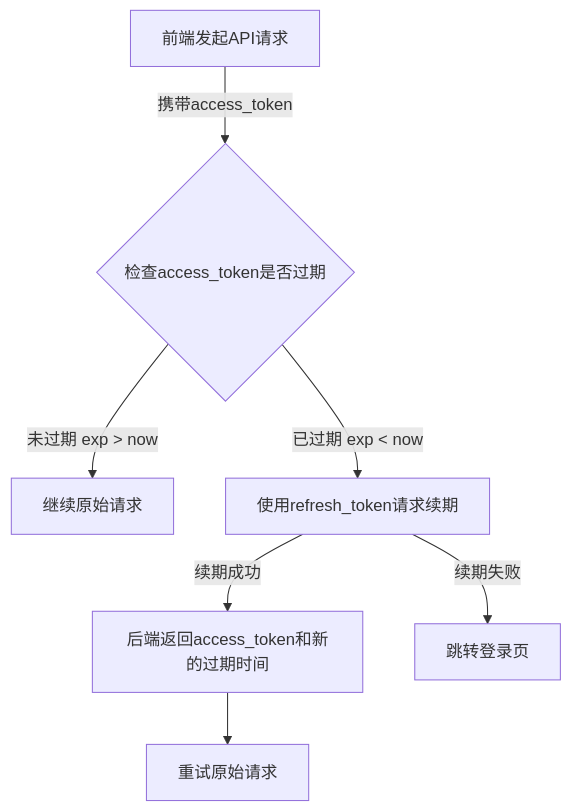
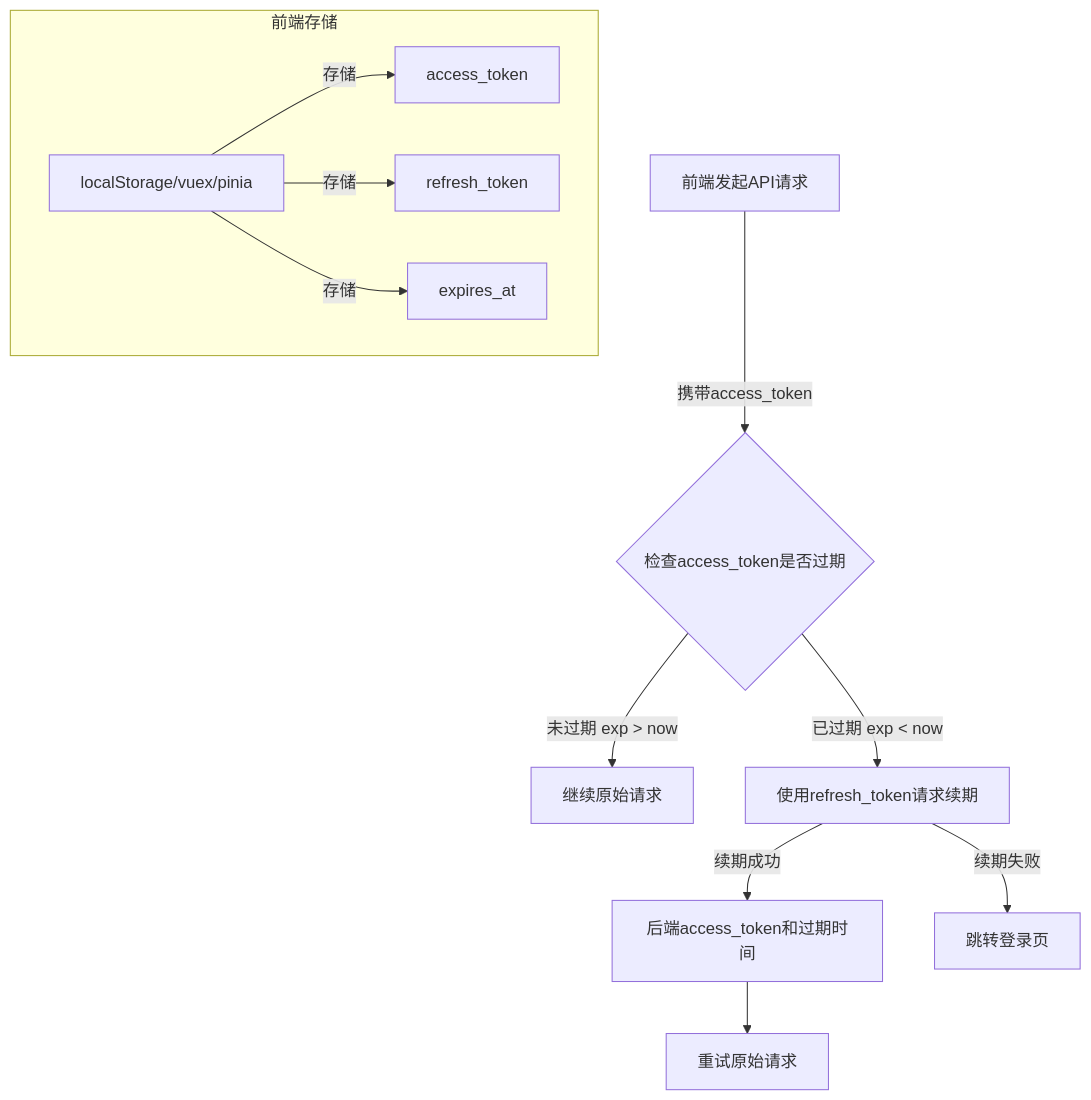
Before and after one commit to yingjianzh/iodraw-files: the diagram in all/未命名-16.md, drawn with Mermaid.

Commit message:
2025-01-08 14:33:37 update

````diff
--- a/all/未命名-16.md
+++ b/all/未命名-16.md
@@ -1,10 +1,16 @@
 ```mermaid
 flowchart TD
     A[前端发起API请求] -->|携带access_token| B{检查access_token是否过期}
     B -->|未过期 exp > now| C[继续原始请求]
     B -->|已过期 exp < now| D[使用refresh_token请求续期]
-    D -->|续期成功| E[后端返回access_token和新的过期时间]
+    D -->|续期成功| E[后端access_token和过期时间]
     D -->|续期失败| F[跳转登录页]
     E --> G[重试原始请求]
-
+    
+    subgraph 前端存储
+        H[localStorage/vuex/pinia]
+        H -->|存储| I[access_token]
+        H -->|存储| J[refresh_token]
+        H -->|存储| K[expires_at]
+    end
 ```
````
